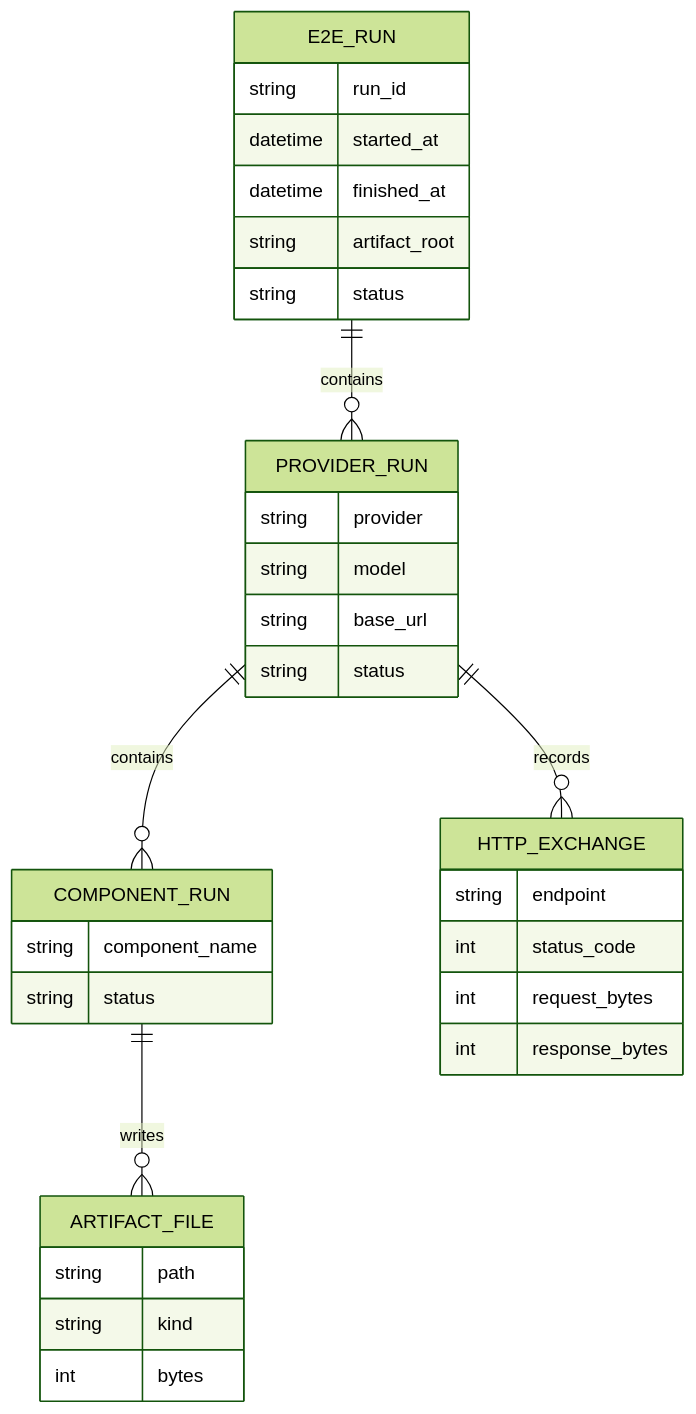
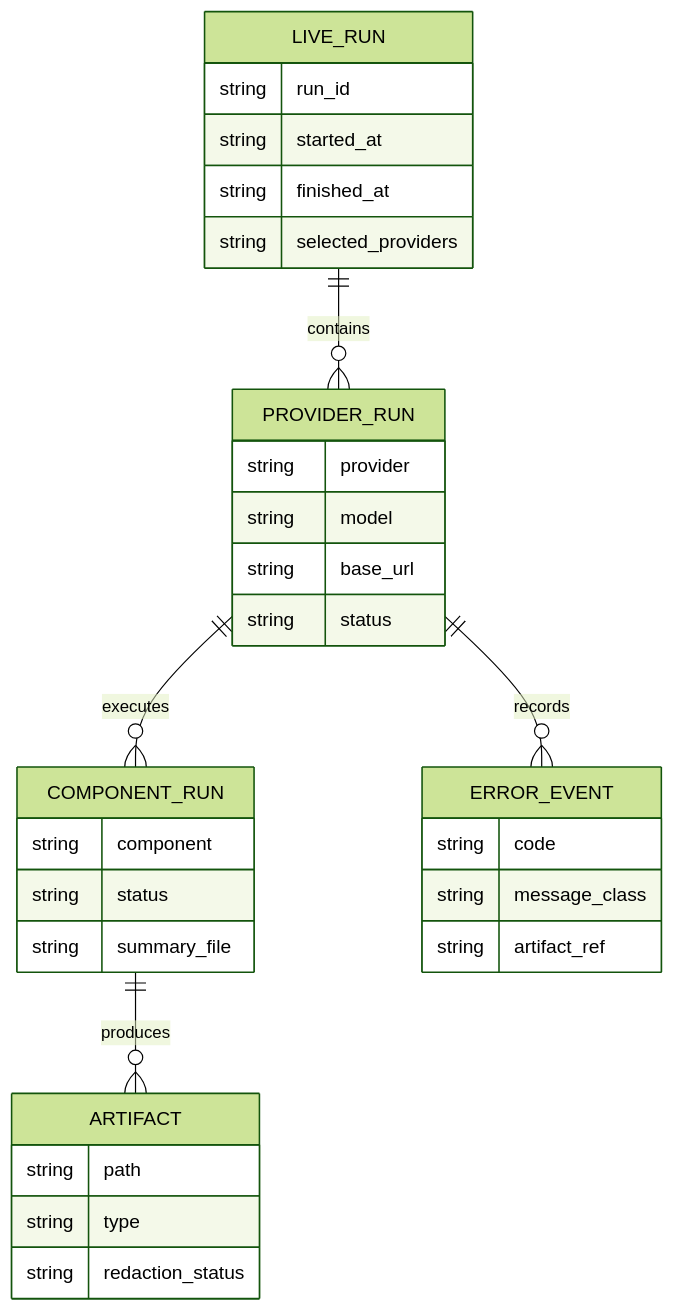
The second of 5 diagrams in docs/sprints/SPRINT-004-comprehensive-implementation-plan.md (jaytaylor/attractor-tcl), drawn with Mermaid (forest theme) before and after one commit. The commit also changed other lines of this file, not shown here.

````diff
--- a/docs/sprints/SPRINT-004-comprehensive-implementation-plan.md
+++ b/docs/sprints/SPRINT-004-comprehensive-implementation-plan.md
@@ -2598,40 +1131,39 @@
 ```mermaid
 erDiagram
-  E2E_RUN ||--o{ PROVIDER_RUN : contains
-  PROVIDER_RUN ||--o{ COMPONENT_RUN : contains
-  COMPONENT_RUN ||--o{ ARTIFACT_FILE : writes
-  PROVIDER_RUN ||--o{ HTTP_EXCHANGE : records
+  LIVE_RUN ||--o{ PROVIDER_RUN : contains
+  PROVIDER_RUN ||--o{ COMPONENT_RUN : executes
+  COMPONENT_RUN ||--o{ ARTIFACT : produces
+  PROVIDER_RUN ||--o{ ERROR_EVENT : records
 
-  E2E_RUN {
+  LIVE_RUN {
     string run_id
-    datetime started_at
-    datetime finished_at
-    string artifact_root
-    string status
+    string started_at
+    string finished_at
+    string selected_providers
   }
 
   PROVIDER_RUN {
     string provider
     string model
     string base_url
     string status
   }
 
   COMPONENT_RUN {
-    string component_name
+    string component
     string status
+    string summary_file
   }
 
-  ARTIFACT_FILE {
+  ARTIFACT {
     string path
-    string kind
-    int bytes
+    string type
+    string redaction_status
   }
 
-  HTTP_EXCHANGE {
-    string endpoint
-    int status_code
-    int request_bytes
-    int response_bytes
+  ERROR_EVENT {
+    string code
+    string message_class
+    string artifact_ref
   }
 ```
````
